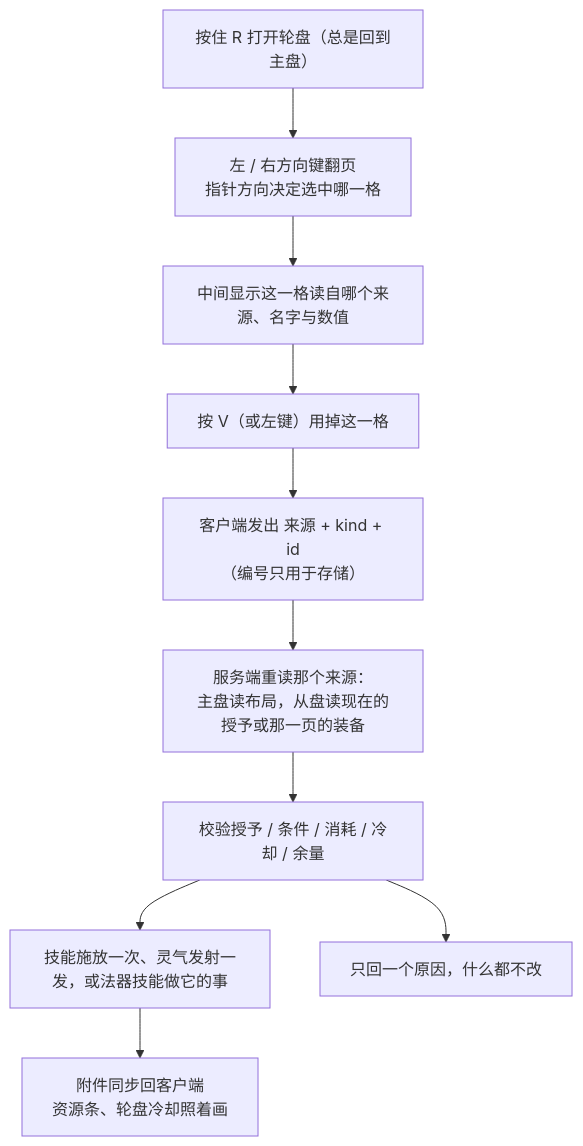
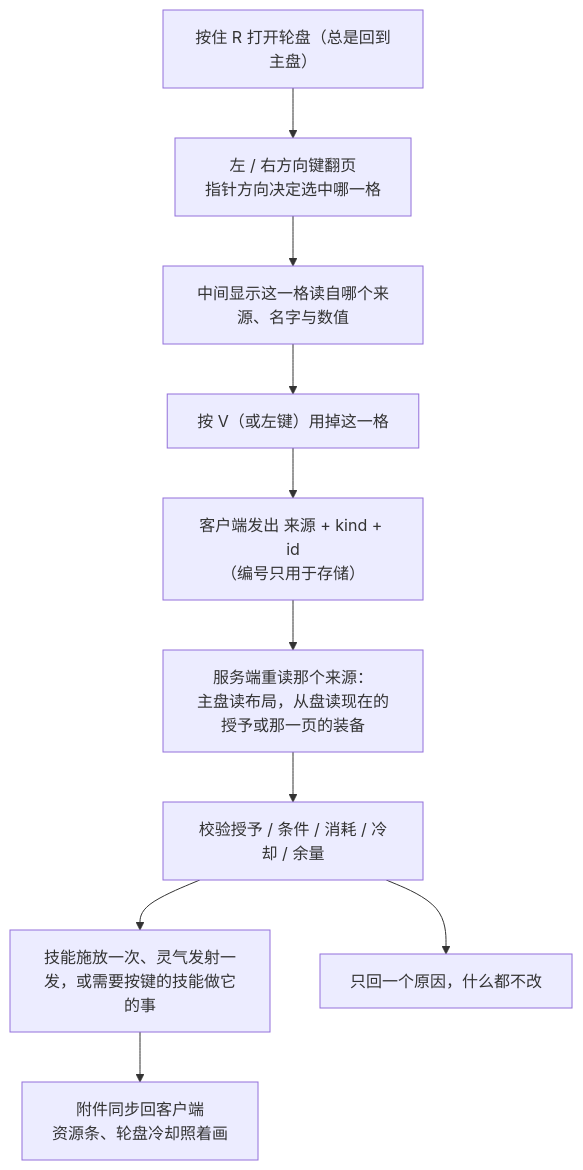
The diagram in docs/player-guide/keys-and-hud.md (IAFEnvoy/mxt-docs), drawn with Mermaid before and after one commit. The commit also changed other lines of this file and 180 other files, not shown here.

````diff
--- a/docs/player-guide/keys-and-hud.md
+++ b/docs/player-guide/keys-and-hud.md
@@ -65,12 +67,12 @@
 ```mermaid
 flowchart TD
     A["按住 R 打开轮盘（总是回到主盘）"] --> B["左 / 右方向键翻页<br/>指针方向决定选中哪一格"]
     B --> C["中间显示这一格读自哪个来源、名字与数值"]
     C --> D["按 V（或左键）用掉这一格"]
     D --> E["客户端发出 来源 + kind + id<br/>（编号只用于存储）"]
     E --> F0["服务端重读那个来源：<br/>主盘读布局，从盘读现在的授予或那一页的装备"]
     F0 --> F["校验授予 / 条件 / 消耗 / 冷却 / 余量"]
-    F --> G["技能施放一次、灵气发射一发，或法器技能做它的事"]
+    F --> G["技能施放一次、灵气发射一发，或需要按键的技能做它的事"]
     F --> H["只回一个原因，什么都不改"]
     G --> I["附件同步回客户端<br/>资源条、轮盘冷却照着画"]
 ```
````
